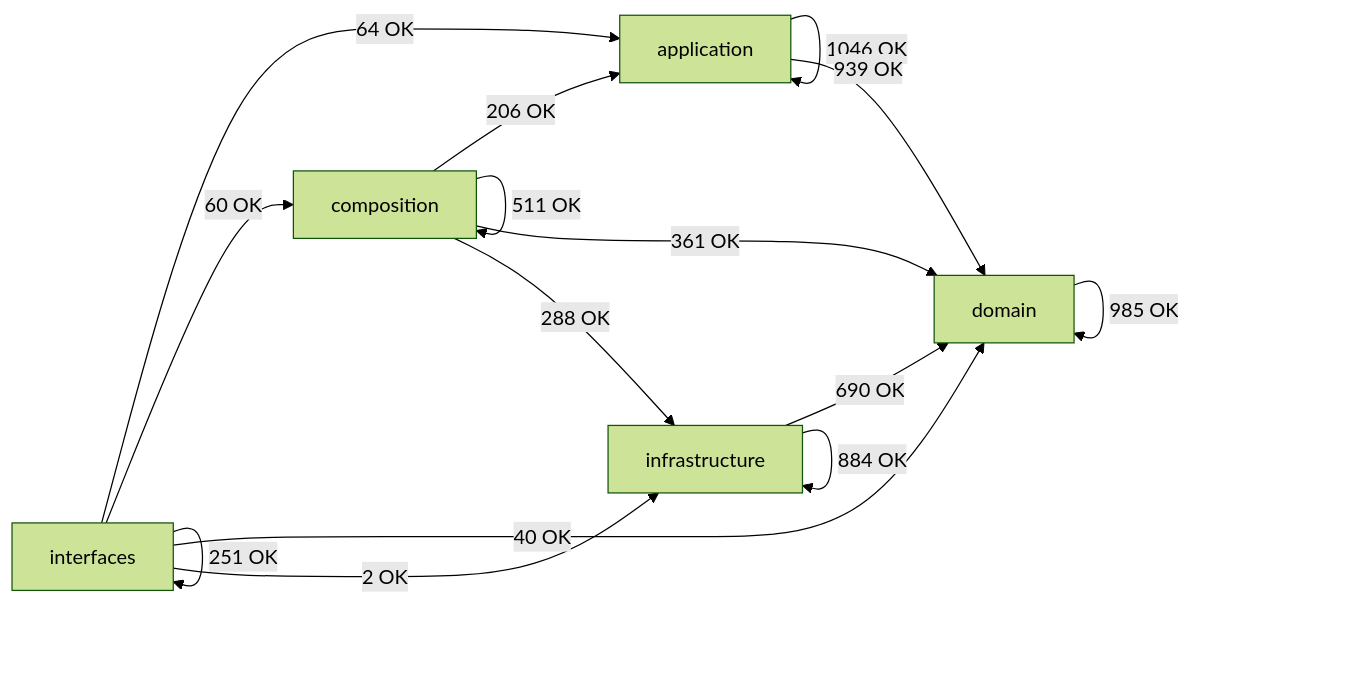
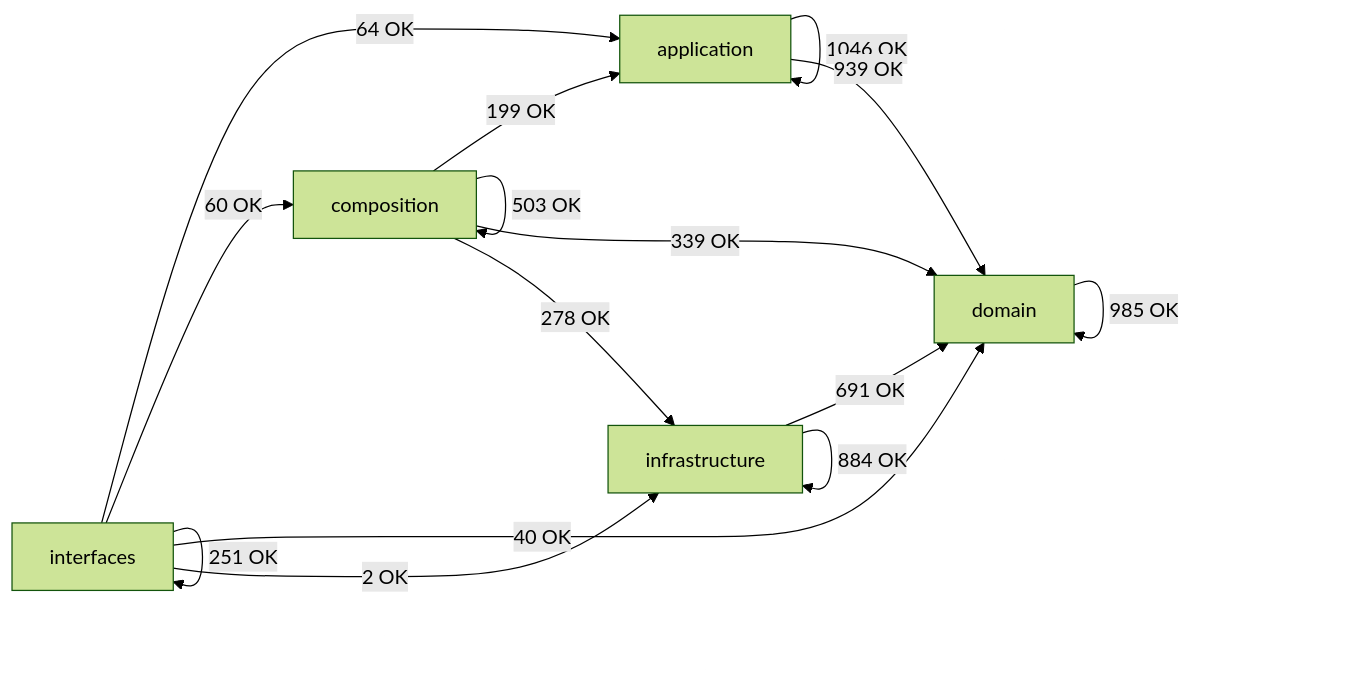
One commit to SatoryKono/BioactivityDataAcquisition changed the diagram in docs/02-architecture/generated/module-dependency-map.md. Above: the diagram before and after it, drawn with Mermaid (forest theme). The commit also changed other lines of this file and 10 other files, not shown here.

````diff
--- a/docs/02-architecture/generated/module-dependency-map.md
+++ b/docs/02-architecture/generated/module-dependency-map.md
@@ -17,22 +17,22 @@
 ```mermaid
 flowchart LR
     domain[domain]
     application[application]
     infrastructure[infrastructure]
     composition[composition]
     interfaces[interfaces]
     application -->|1046 OK| application
     application -->|939 OK| domain
-    composition -->|206 OK| application
-    composition -->|511 OK| composition
-    composition -->|361 OK| domain
-    composition -->|288 OK| infrastructure
+    composition -->|199 OK| application
+    composition -->|503 OK| composition
+    composition -->|339 OK| domain
+    composition -->|278 OK| infrastructure
     domain -->|985 OK| domain
-    infrastructure -->|690 OK| domain
+    infrastructure -->|691 OK| domain
     infrastructure -->|884 OK| infrastructure
     interfaces -->|64 OK| application
     interfaces -->|60 OK| composition
     interfaces -->|40 OK| domain
     interfaces -->|2 OK| infrastructure
     interfaces -->|251 OK| interfaces
 ```
````
